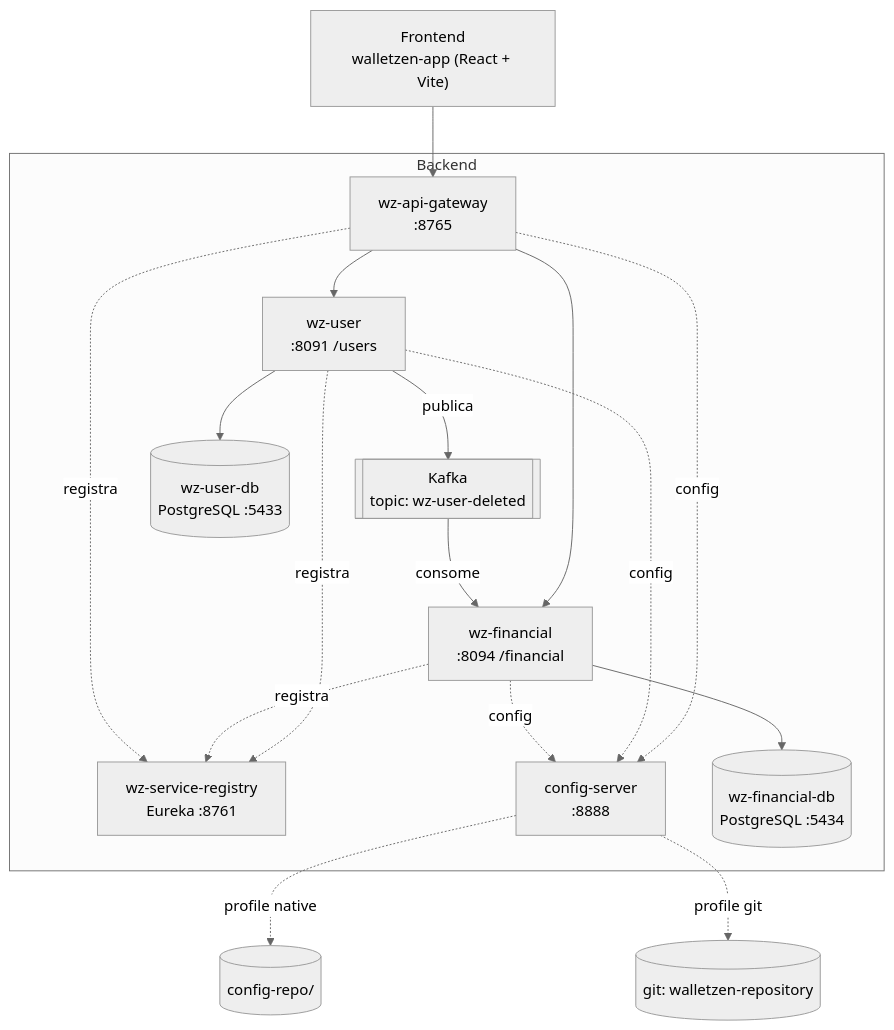
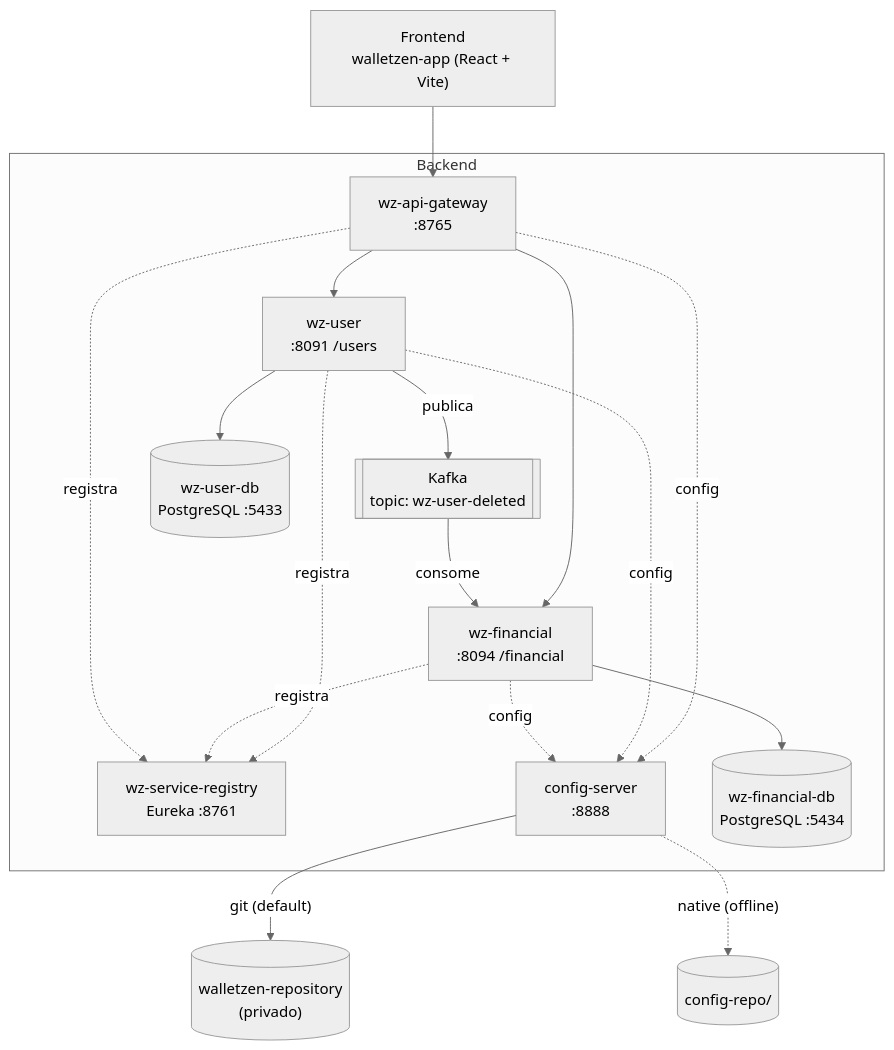
Before and after one commit to Ismadrade/walletzen: the diagram in README.md, drawn with Mermaid (neutral theme). The commit also changed other lines of this file and 2 other files, not shown here.

First line of the commit message:
config(config-server): backend git como default (aponta pro walletzen-repository)

````diff
--- a/README.md
+++ b/README.md
@@ -36,31 +36,31 @@
 ```mermaid
 flowchart TD
     FE["Frontend<br/>walletzen-app (React + Vite)"] --> GW
 
     subgraph Backend
         GW["wz-api-gateway<br/>:8765"]
         REG["wz-service-registry<br/>Eureka :8761"]
         CFG["config-server<br/>:8888"]
         USER["wz-user<br/>:8091 /users"]
         FIN["wz-financial<br/>:8094 /financial"]
         K[["Kafka<br/>topic: wz-user-deleted"]]
         UDB[("wz-user-db<br/>PostgreSQL :5433")]
         FDB[("wz-financial-db<br/>PostgreSQL :5434")]
 
         GW --> USER
         GW --> FIN
         USER -. registra .-> REG
         FIN -. registra .-> REG
         GW -. registra .-> REG
         GW -. config .-> CFG
         USER -. config .-> CFG
         FIN -. config .-> CFG
         USER -- publica --> K
         K -- consome --> FIN
         USER --> UDB
         FIN --> FDB
     end
 
-    CFG -. "profile native" .-> LOCAL[("config-repo/")]
-    CFG -. "profile git" .-> REPO[("git: walletzen-repository")]
+    CFG -- "git (default)" --> REPO[("walletzen-repository<br/>(privado)")]
+    CFG -. "native (offline)" .-> LOCAL[("config-repo/")]
 ```
````
